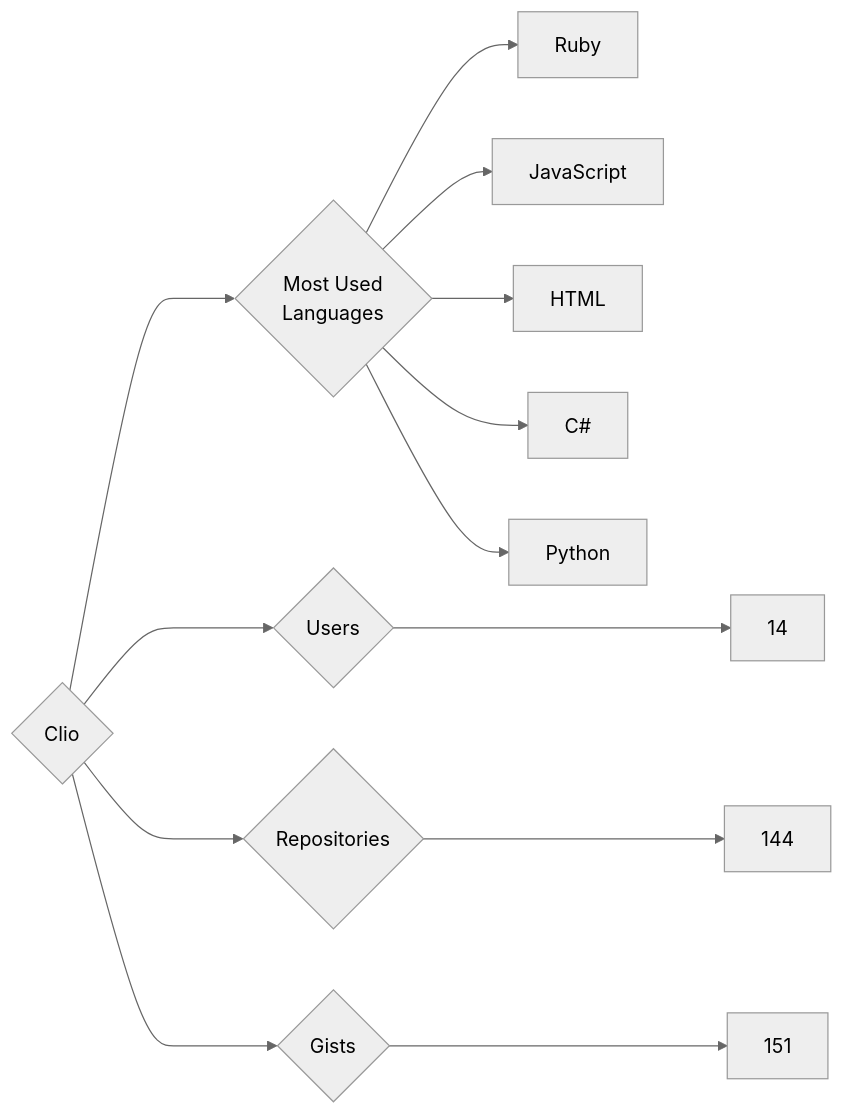
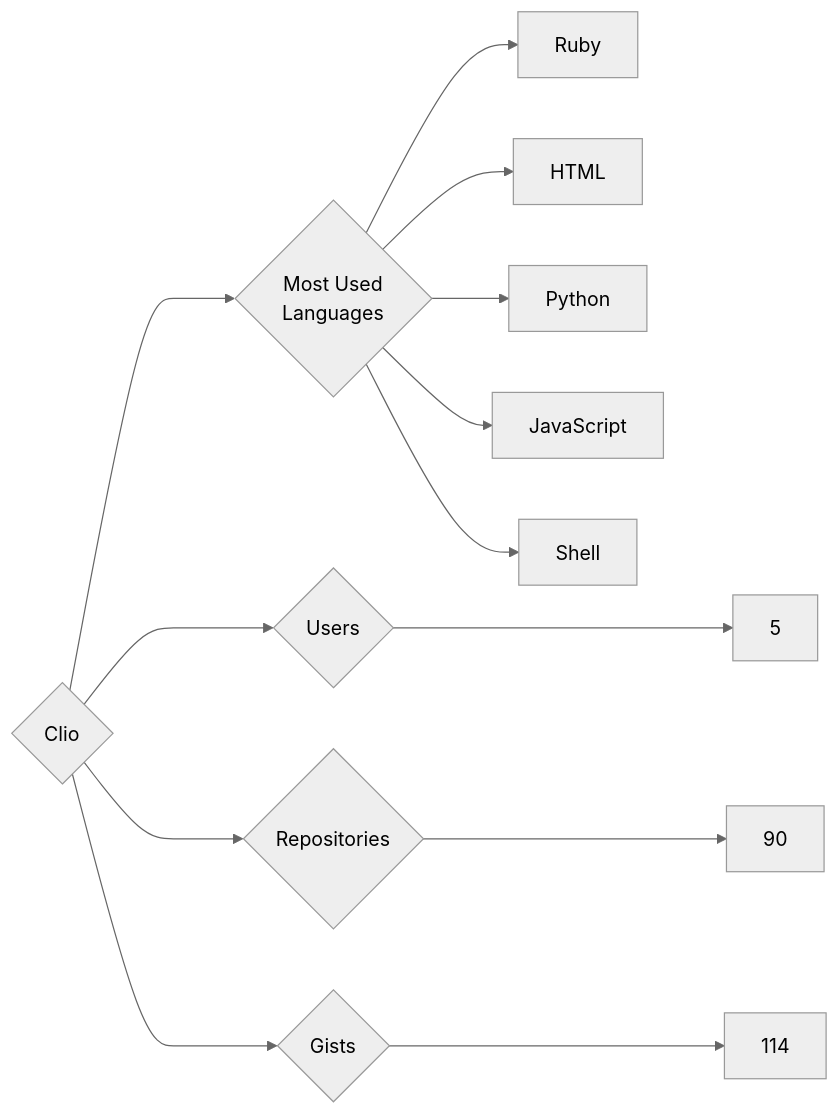
One commit to trickest/insiders changed the diagram in targets/Clio/README.md. Above: the diagram before and after it, drawn with Mermaid (neutral theme). The commit also changed 860 other files, not shown here.

````diff
--- a/targets/Clio/README.md
+++ b/targets/Clio/README.md
@@ -3,13 +3,13 @@
 ```mermaid
 graph LR
 COMPANY_NAME{Clio}
-COMPANY_NAME ---> U{Users} ---> UN[14]
-COMPANY_NAME ---> R{Repositories} ---> RN[144]
-COMPANY_NAME ---> G{Gists} ---> GN[151]
+COMPANY_NAME ---> U{Users} ---> UN[5]
+COMPANY_NAME ---> R{Repositories} ---> RN[90]
+COMPANY_NAME ---> G{Gists} ---> GN[114]
 COMPANY_NAME ---> ML{Most Used<br>Languages}
 ML --> Ruby[Ruby]
+ML --> HTML[HTML]
+ML --> Python[Python]
 ML --> JavaScript[JavaScript]
-ML --> HTML[HTML]
-ML --> C#[C#]
-ML --> Python[Python]
+ML --> Shell[Shell]
 ```
````
